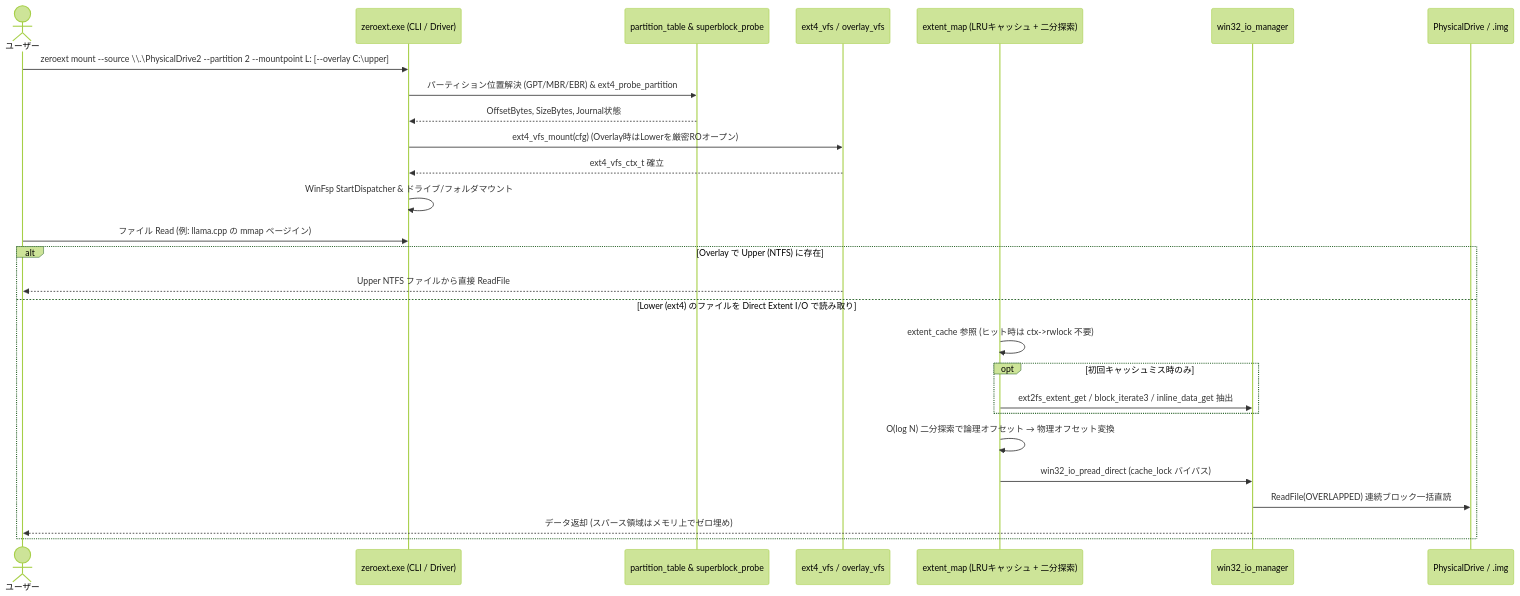
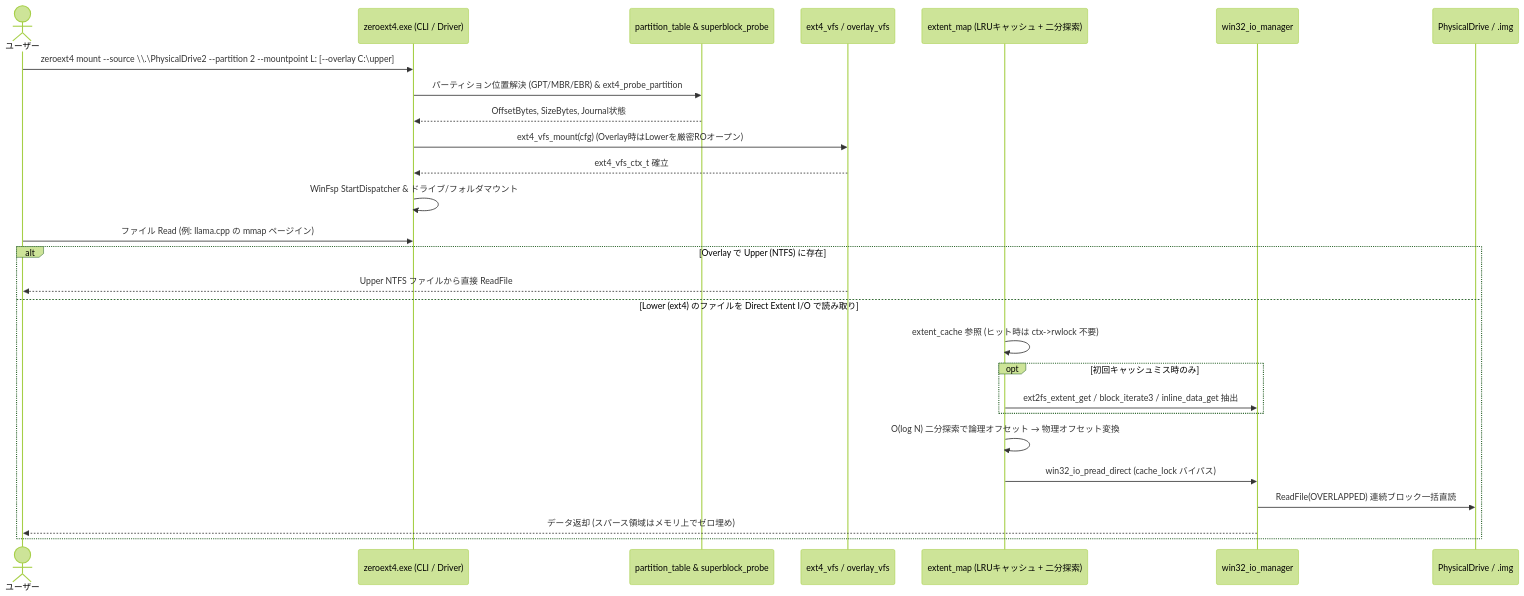
The second of 2 diagrams in docs/architecture.md (totatake/ZeroExt), drawn with Mermaid (forest theme) before and after one commit. The commit also changed other lines of this file and 136 other files, not shown here.

````diff
--- a/docs/architecture.md
+++ b/docs/architecture.md
@@ -65,31 +65,31 @@
 ```mermaid
 sequenceDiagram
     actor User as ユーザー
-    participant CLI as zeroext.exe (CLI / Driver)
+    participant CLI as zeroext4.exe (CLI / Driver)
     participant Disk as partition_table & superblock_probe
     participant VFS as ext4_vfs / overlay_vfs
     participant Ext as extent_map (LRUキャッシュ + 二分探索)
     participant IO as win32_io_manager
     participant Dev as PhysicalDrive / .img
 
-    User->>CLI: zeroext mount --source \\.\PhysicalDrive2 --partition 2 --mountpoint L: [--overlay C:\upper]
+    User->>CLI: zeroext4 mount --source \\.\PhysicalDrive2 --partition 2 --mountpoint L: [--overlay C:\upper]
     CLI->>Disk: パーティション位置解決 (GPT/MBR/EBR) & ext4_probe_partition
     Disk-->>CLI: OffsetBytes, SizeBytes, Journal状態
     CLI->>VFS: ext4_vfs_mount(cfg) (Overlay時はLowerを厳密ROオープン)
     VFS-->>CLI: ext4_vfs_ctx_t 確立
     CLI->>CLI: WinFsp StartDispatcher & ドライブ/フォルダマウント
 
     User->>CLI: ファイル Read (例: llama.cpp の mmap ページイン)
     alt Overlay で Upper (NTFS) に存在
         VFS-->>User: Upper NTFS ファイルから直接 ReadFile
     else Lower (ext4) のファイルを Direct Extent I/O で読み取り
         Ext->>Ext: extent_cache 参照 (ヒット時は ctx->rwlock 不要)
         opt 初回キャッシュミス時のみ
             Ext->>IO: ext2fs_extent_get / block_iterate3 / inline_data_get 抽出
         end
         Ext->>Ext: O(log N) 二分探索で論理オフセット → 物理オフセット変換
         Ext->>IO: win32_io_pread_direct (cache_lock バイパス)
         IO->>Dev: ReadFile(OVERLAPPED) 連続ブロック一括直読
         IO-->>User: データ返却 (スパース領域はメモリ上でゼロ埋め)
     end
 ```
````
